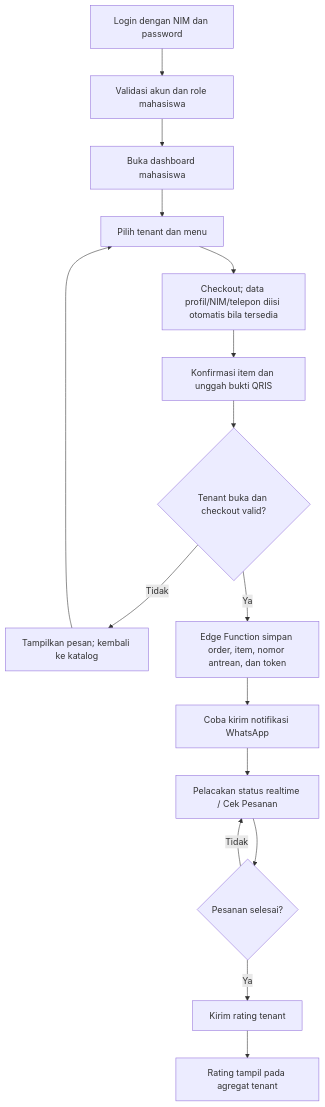
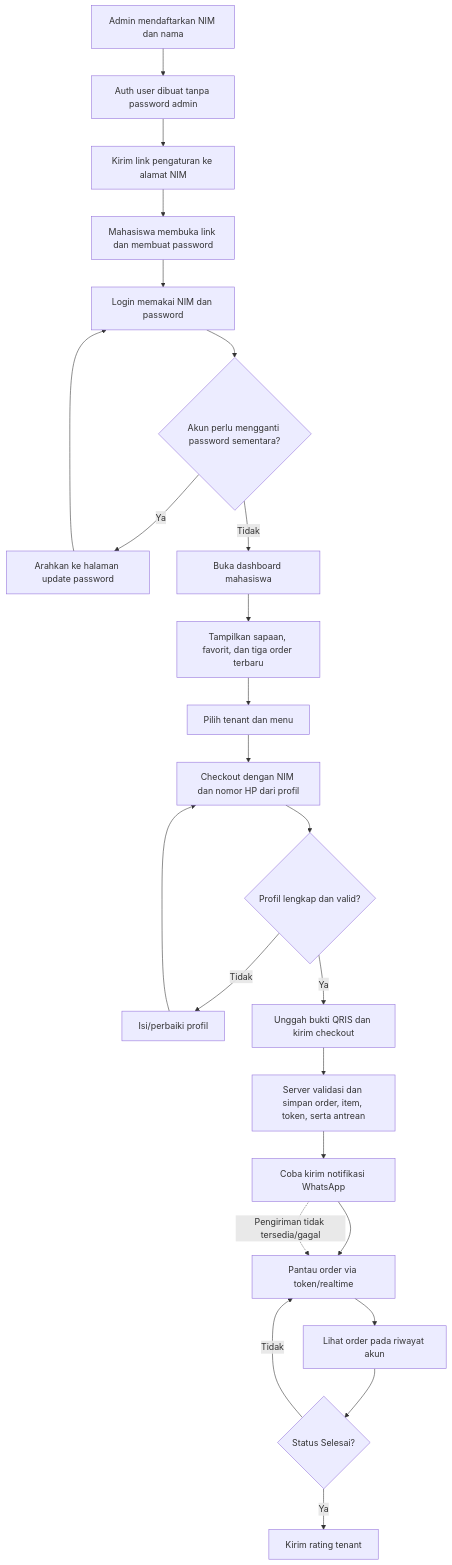
The second of 7 diagrams in FLOWCHART.md (nandayudhistirawibowo/SiKantin), drawn with Mermaid before and after one commit. The commit also changed other lines of this file and 3 other files, not shown here.

Commit message:
Dokumentasi lengkap: PRD, Flowchart, Database, dan Presentasi

````diff
--- a/FLOWCHART.md
+++ b/FLOWCHART.md
@@ -32,18 +40,26 @@
 ```mermaid
 flowchart TD
-    A[Login dengan NIM dan password] --> B[Validasi akun dan role mahasiswa]
-    B --> C[Buka dashboard mahasiswa]
-    C --> D[Pilih tenant dan menu]
-    D --> E[Checkout; data profil/NIM/telepon diisi otomatis bila tersedia]
-    E --> F[Konfirmasi item dan unggah bukti QRIS]
-    F --> G{Tenant buka dan checkout valid?}
-    G -- Tidak --> H[Tampilkan pesan; kembali ke katalog]
-    H --> D
-    G -- Ya --> I[Edge Function simpan order, item, nomor antrean, dan token]
-    I --> J[Coba kirim notifikasi WhatsApp]
-    J --> K[Pelacakan status realtime / Cek Pesanan]
-    K --> L{Pesanan selesai?}
-    L -- Tidak --> K
-    L -- Ya --> M[Kirim rating tenant]
-    M --> N[Rating tampil pada agregat tenant]
+    A[Admin mendaftarkan NIM dan nama] --> B[Auth user dibuat tanpa password admin]
+    B --> C[Kirim link pengaturan ke alamat NIM]
+    C --> D[Mahasiswa membuka link dan membuat password]
+    D --> E[Login memakai NIM dan password]
+    E --> F{Akun perlu mengganti password sementara?}
+    F -- Ya --> G[Arahkan ke halaman update password]
+    G --> E
+    F -- Tidak --> H[Buka dashboard mahasiswa]
+    H --> I[Tampilkan sapaan, favorit, dan tiga order terbaru]
+    I --> J[Pilih tenant dan menu]
+    J --> K[Checkout dengan NIM dan nomor HP dari profil]
+    K --> L{Profil lengkap dan valid?}
+    L -- Tidak --> M[Isi/perbaiki profil]
+    M --> K
+    L -- Ya --> N[Unggah bukti QRIS dan kirim checkout]
+    N --> O[Server validasi dan simpan order, item, token, serta antrean]
+    O --> P[Coba kirim notifikasi WhatsApp]
+    P --> Q[Pantau order via token/realtime]
+    Q --> R[Lihat order pada riwayat akun]
+    R --> S{Status Selesai?}
+    S -- Tidak --> Q
+    S -- Ya --> T[Kirim rating tenant]
+    P -. Pengiriman tidak tersedia/gagal .-> Q
 ```
````
